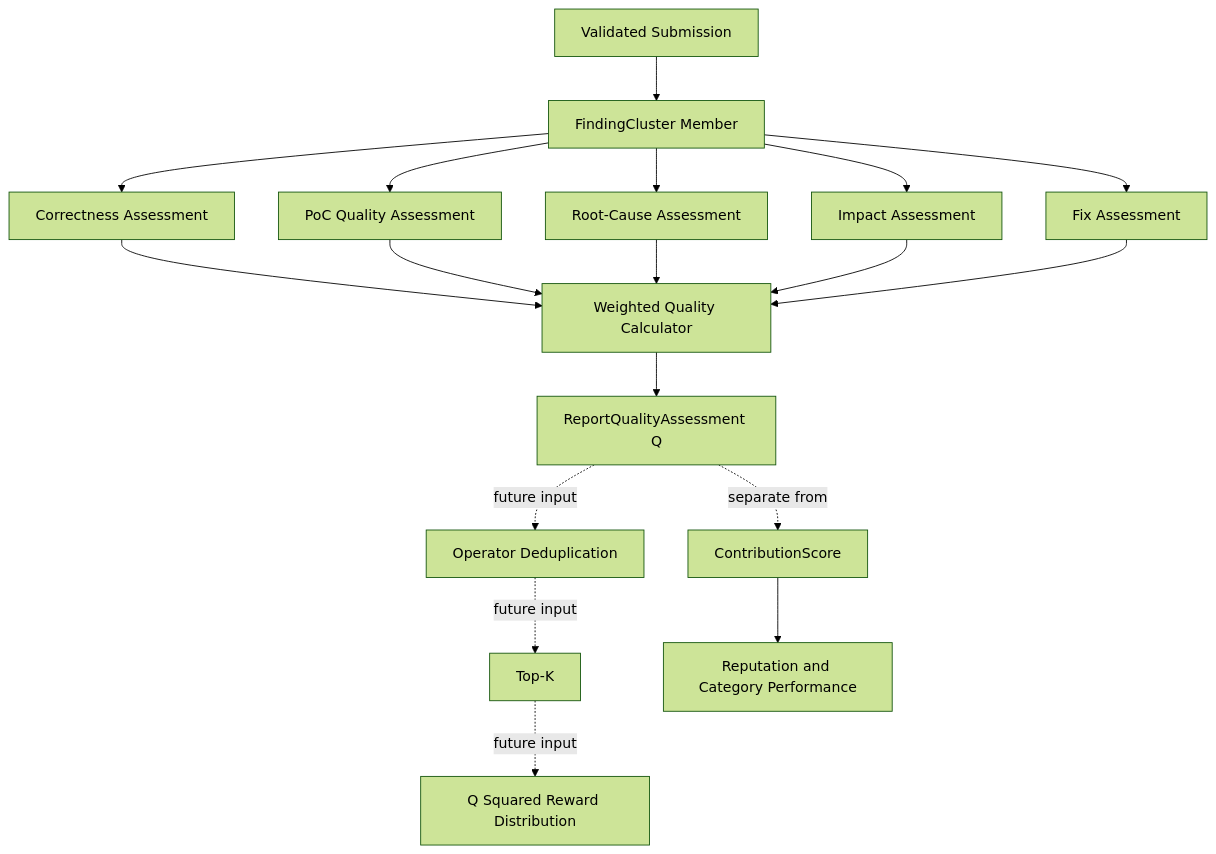
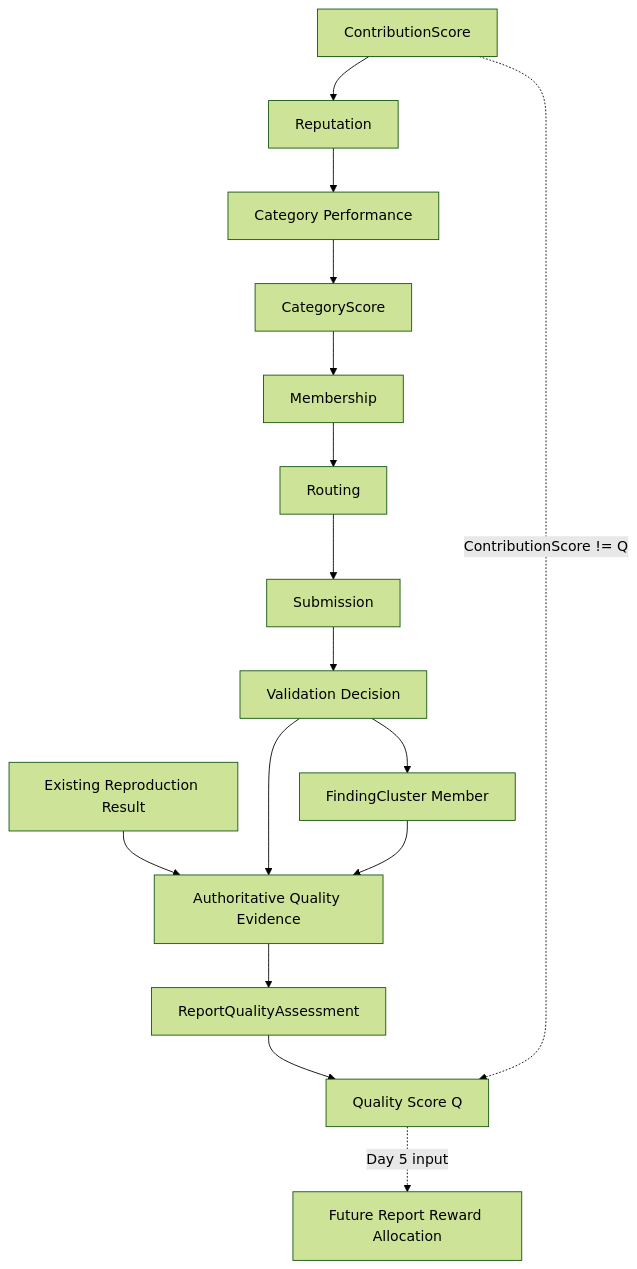
Before and after one commit to IDorando7/ProofGuard: the third of 7 diagrams in protocol/specs/reward-model.md, drawn with Mermaid (forest theme). The commit also changed other lines of this file and 152 other files, not shown here.

````diff
--- a/protocol/specs/reward-model.md
+++ b/protocol/specs/reward-model.md
@@ -463,26 +463,20 @@
 ```mermaid
 flowchart TD
-    A[Validated Submission] --> B[FindingCluster Member]
+    S[Submission] --> V[Validation Decision]
+    V --> C[FindingCluster Member]
+    R[Existing Reproduction Result] --> QE[Authoritative Quality Evidence]
+    V --> QE
+    C --> QE
+    QE --> QA[ReportQualityAssessment]
+    QA --> Q[Quality Score Q]
+    Q -. Day 5 input .-> FR[Future Report Reward Allocation]
 
-    B --> C[Correctness Assessment]
-    B --> D[PoC Quality Assessment]
-    B --> E[Root-Cause Assessment]
-    B --> F[Impact Assessment]
-    B --> G[Fix Assessment]
+    CS[ContributionScore] --> RP[Reputation]
+    RP --> CP[Category Performance]
+    CP --> SC[CategoryScore]
+    SC --> M[Membership]
+    M --> RT[Routing]
+    RT --> S
 
-    C --> H[Weighted Quality Calculator]
-    D --> H
-    E --> H
-    F --> H
-    G --> H
-
-    H --> I[ReportQualityAssessment Q]
-
-    I -. future input .-> J[Operator Deduplication]
-    J -. future input .-> K[Top-K]
-    K -. future input .-> L[Q Squared Reward Distribution]
-
-    M[ContributionScore] --> N[Reputation and Category Performance]
-
-    I -. separate from .-> M
+    CS -. "ContributionScore != Q" .-> Q
 ```
````
